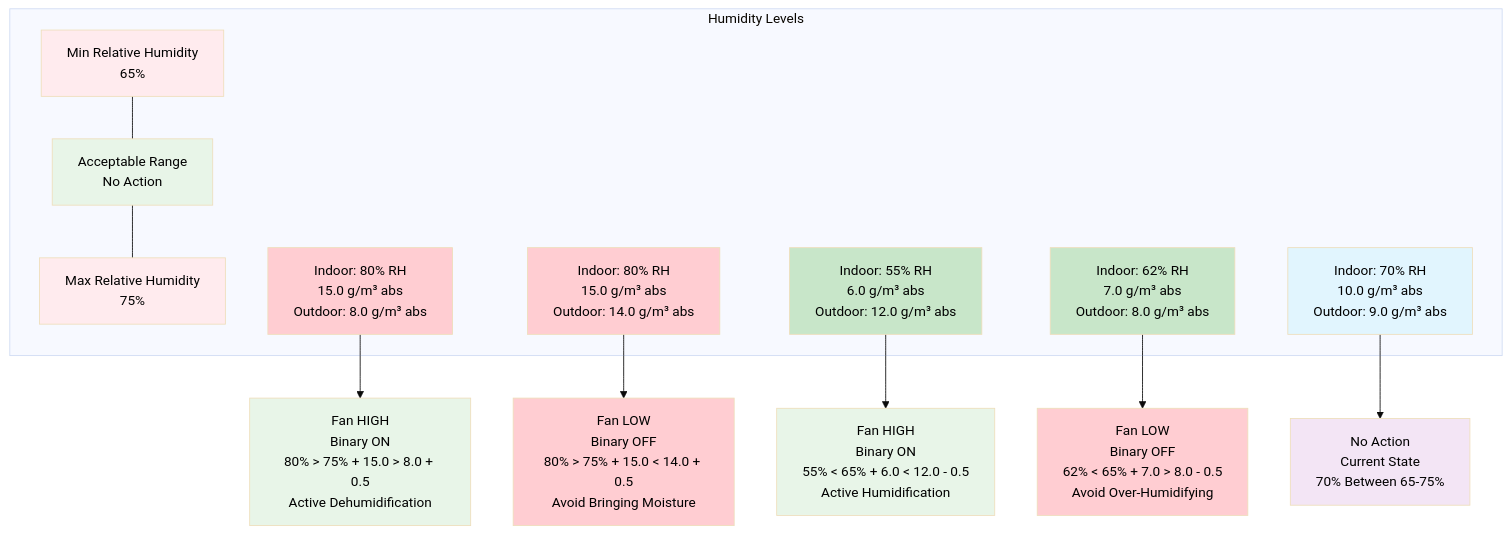
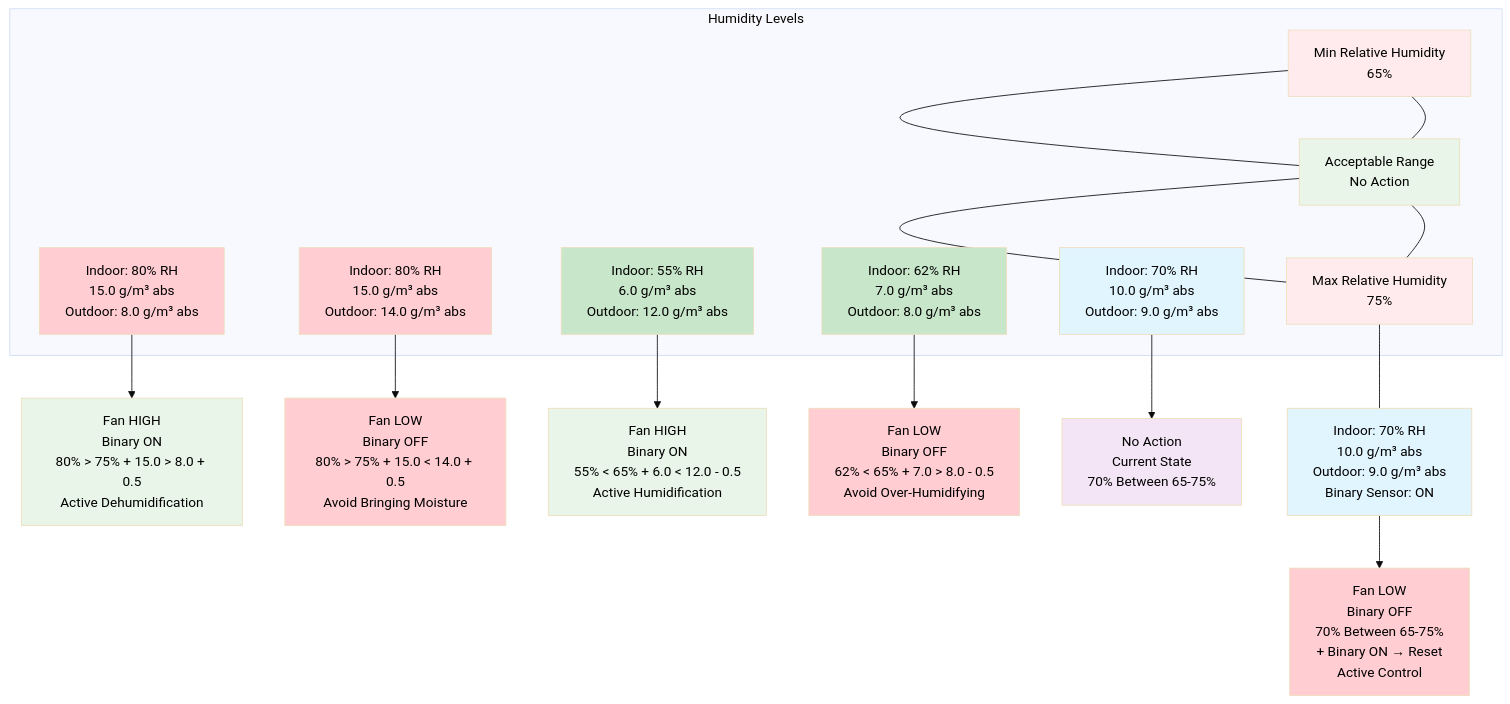
One commit to wimpie70/ramses_extras changed the second of 2 diagrams in custom_components/ramses_extras/automations/humidity_decision_flow.md. Above: the diagram before and after it, drawn with Mermaid (base theme). The commit also changed other lines of this file and 2 other files, not shown here.

Commit message:
fix humid control condition: when active but the rel humid drops between range, we should set speed to LOW

````diff
--- a/custom_components/ramses_extras/automations/humidity_decision_flow.md
+++ b/custom_components/ramses_extras/automations/humidity_decision_flow.md
@@ -101,35 +111,40 @@
 ```mermaid
 graph TD
     subgraph Humidity Levels
         A[Min Relative Humidity<br/>65%]
         B[Acceptable Range<br/>No Action]
         C[Max Relative Humidity<br/>75%]
         D[Indoor: 80% RH<br/>15.0 g/m³ abs<br/>Outdoor: 8.0 g/m³ abs]
         E[Indoor: 80% RH<br/>15.0 g/m³ abs<br/>Outdoor: 14.0 g/m³ abs]
         F[Indoor: 55% RH<br/>6.0 g/m³ abs<br/>Outdoor: 12.0 g/m³ abs]
         G[Indoor: 62% RH<br/>7.0 g/m³ abs<br/>Outdoor: 8.0 g/m³ abs]
         H[Indoor: 70% RH<br/>10.0 g/m³ abs<br/>Outdoor: 9.0 g/m³ abs]
     end
 
     D --> I[Fan HIGH<br/>Binary ON<br/>80% > 75% + 15.0 > 8.0 + 0.5<br/>Active Dehumidification]
     E --> J[Fan LOW<br/>Binary OFF<br/>80% > 75% + 15.0 < 14.0 + 0.5<br/>Avoid Bringing Moisture]
     F --> K[Fan HIGH<br/>Binary ON<br/>55% < 65% + 6.0 < 12.0 - 0.5<br/>Active Humidification]
     G --> L[Fan LOW<br/>Binary OFF<br/>62% < 65% + 7.0 > 8.0 - 0.5<br/>Avoid Over-Humidifying]
     H --> M[No Action<br/>Current State<br/>70% Between 65-75%]
+    I2[Indoor: 70% RH<br/>10.0 g/m³ abs<br/>Outdoor: 9.0 g/m³ abs<br/>Binary Sensor: ON] --> O[Fan LOW<br/>Binary OFF<br/>70% Between 65-75%<br/>+ Binary ON → Reset<br/>Active Control]
+
+    A --- B --- C --- I2
 
     A --- B --- C
 
     style A fill:#ffebee,color:#000000
     style B fill:#e8f5e8,color:#000000
     style C fill:#ffebee,color:#000000
     style D fill:#ffcdd2,color:#000000
     style E fill:#ffcdd2,color:#000000
     style F fill:#c8e6c9,color:#000000
     style G fill:#c8e6c9,color:#000000
     style H fill:#e1f5fe,color:#000000
     style I fill:#e8f5e8,color:#000000
     style J fill:#ffcdd2,color:#000000
     style K fill:#e8f5e8,color:#000000
     style L fill:#ffcdd2,color:#000000
     style M fill:#f3e5f5,color:#000000
+    style I2 fill:#e1f5fe,color:#000000
+    style O fill:#ffcdd2,color:#000000
 ```
````
